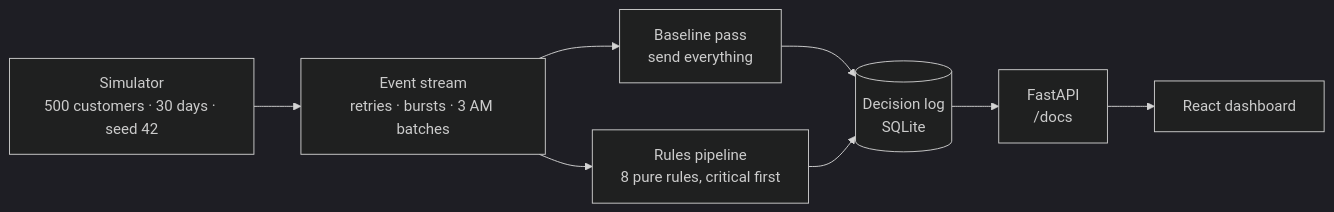
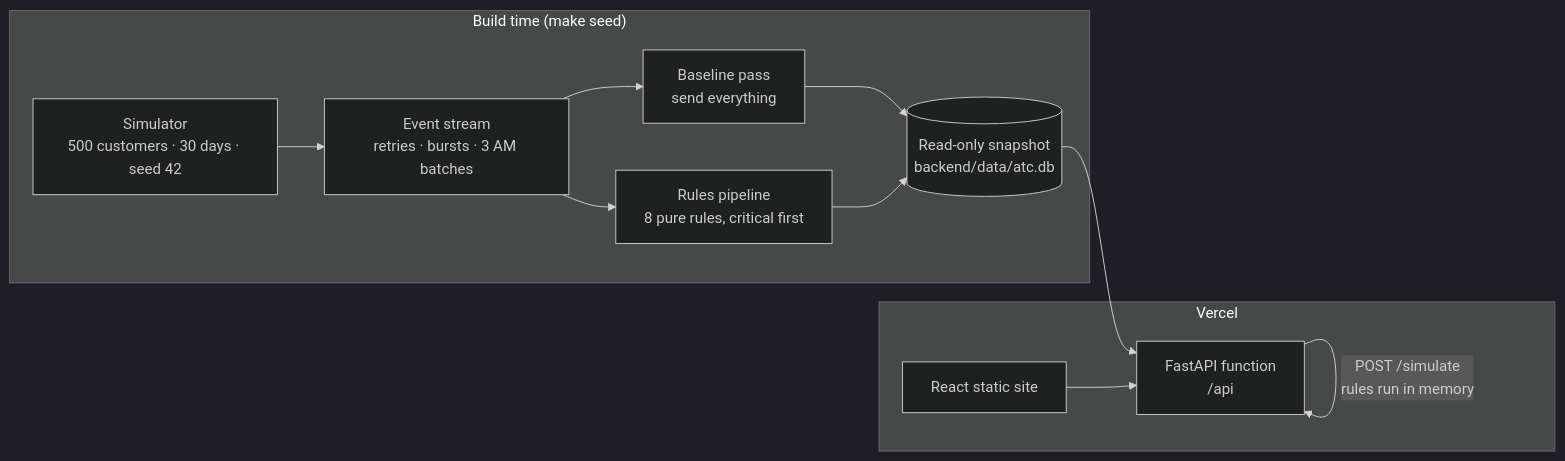
One commit to evanz0820/alert-traffic-controller changed the diagram in README.md. Above: the diagram before and after it, drawn with Mermaid (dark theme). The commit also changed other lines of this file and 39 other files, not shown here.

````diff
--- a/README.md
+++ b/README.md
@@ -69,10 +69,15 @@
 ```mermaid
 flowchart LR
-    SIM[Simulator<br/>500 customers · 30 days · seed 42] --> ES[Event stream<br/>retries · bursts · 3 AM batches]
-    ES --> BASE[Baseline pass<br/>send everything]
-    ES --> PIPE[Rules pipeline<br/>8 pure rules, critical first]
-    BASE --> LOG[(Decision log<br/>SQLite)]
-    PIPE --> LOG
-    LOG --> API[FastAPI<br/>/docs]
-    API --> UI[React dashboard]
+    subgraph build["Build time (make seed)"]
+        SIM[Simulator<br/>500 customers · 30 days · seed 42] --> ES[Event stream<br/>retries · bursts · 3 AM batches]
+        ES --> BASE[Baseline pass<br/>send everything]
+        ES --> PIPE[Rules pipeline<br/>8 pure rules, critical first]
+        BASE --> SNAP[(Read-only snapshot<br/>backend/data/atc.db)]
+        PIPE --> SNAP
+    end
+    subgraph vercel["Vercel"]
+        SNAP --> API[FastAPI function<br/>/api]
+        API -- "POST /simulate<br/>rules run in memory" --> API
+        UI[React static site] --> API
+    end
 ```
````
